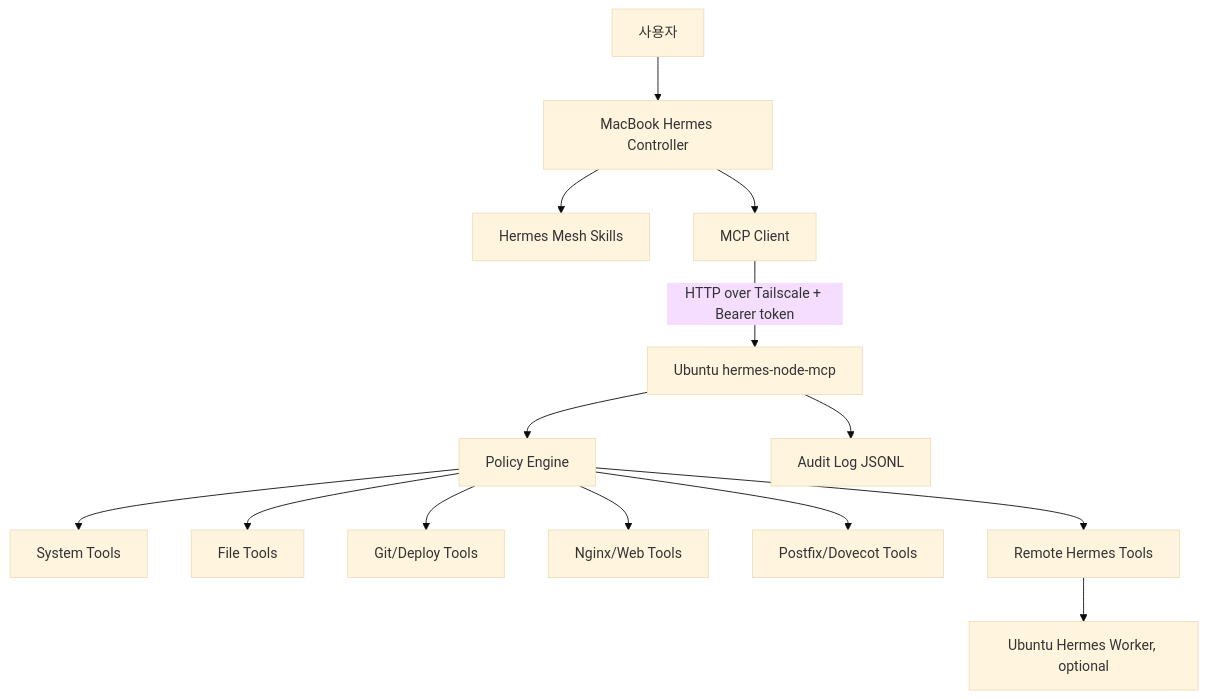
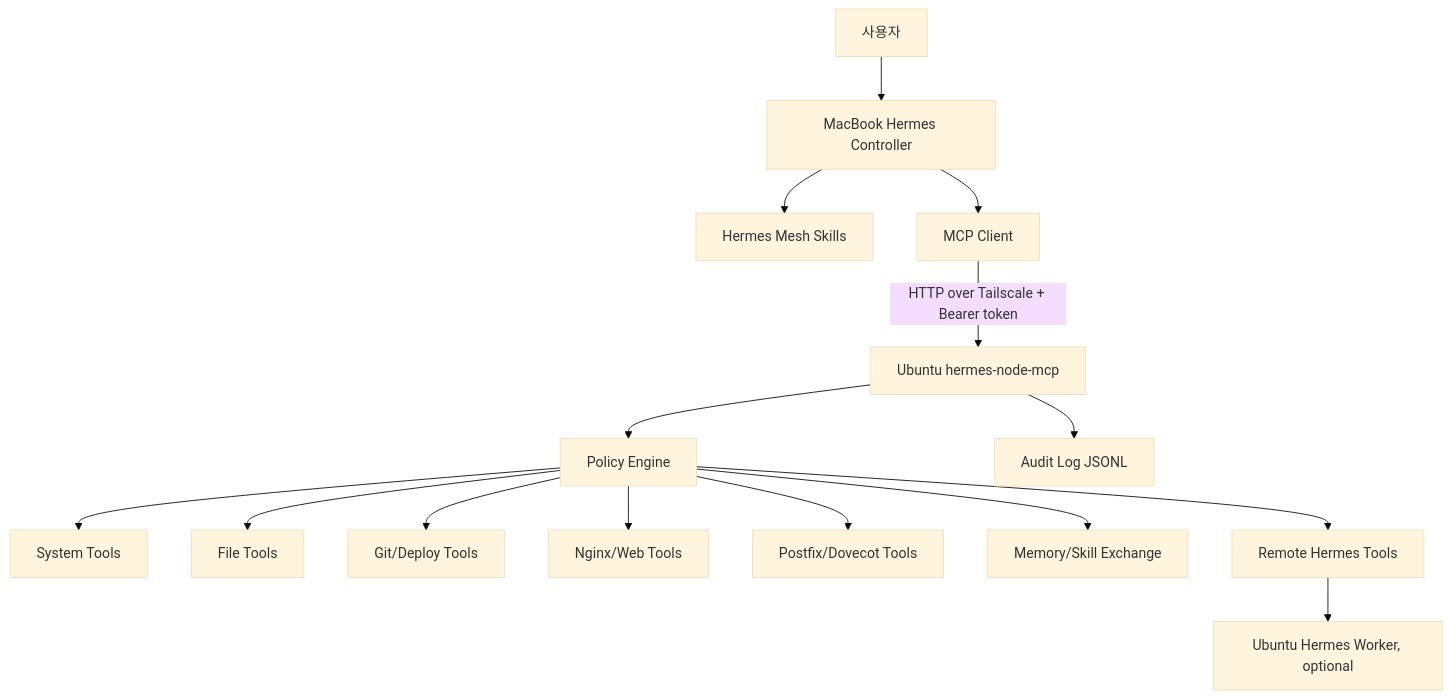
Before and after one commit to misolove/hermes-mesh: the diagram in README.ko.md, drawn with Mermaid (base theme). The commit also changed other lines of this file and 2 other files, not shown here.

````diff
--- a/README.ko.md
+++ b/README.ko.md
@@ -47,16 +53,17 @@
 ```mermaid
 flowchart TD
     U[사용자] --> H1[MacBook Hermes Controller]
     H1 --> SK[Hermes Mesh Skills]
     H1 --> MCP[MCP Client]
     MCP -->|HTTP over Tailscale + Bearer token| NODE[Ubuntu hermes-node-mcp]
     NODE --> POL[Policy Engine]
     NODE --> AUD[Audit Log JSONL]
     POL --> SYS[System Tools]
     POL --> FS[File Tools]
     POL --> GIT[Git/Deploy Tools]
     POL --> WEB[Nginx/Web Tools]
     POL --> MAIL[Postfix/Dovecot Tools]
+    POL --> MEM[Memory/Skill Exchange]
     POL --> RH[Remote Hermes Tools]
     RH --> H2[Ubuntu Hermes Worker, optional]
 ```
````
